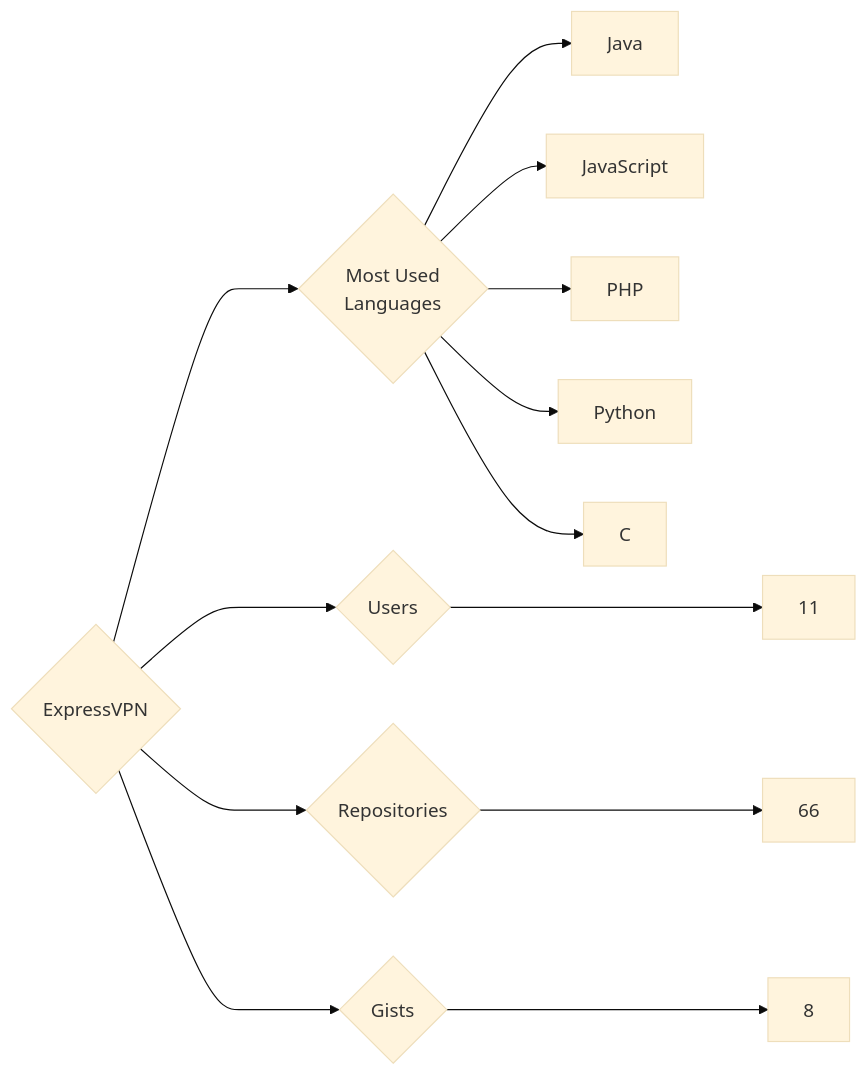
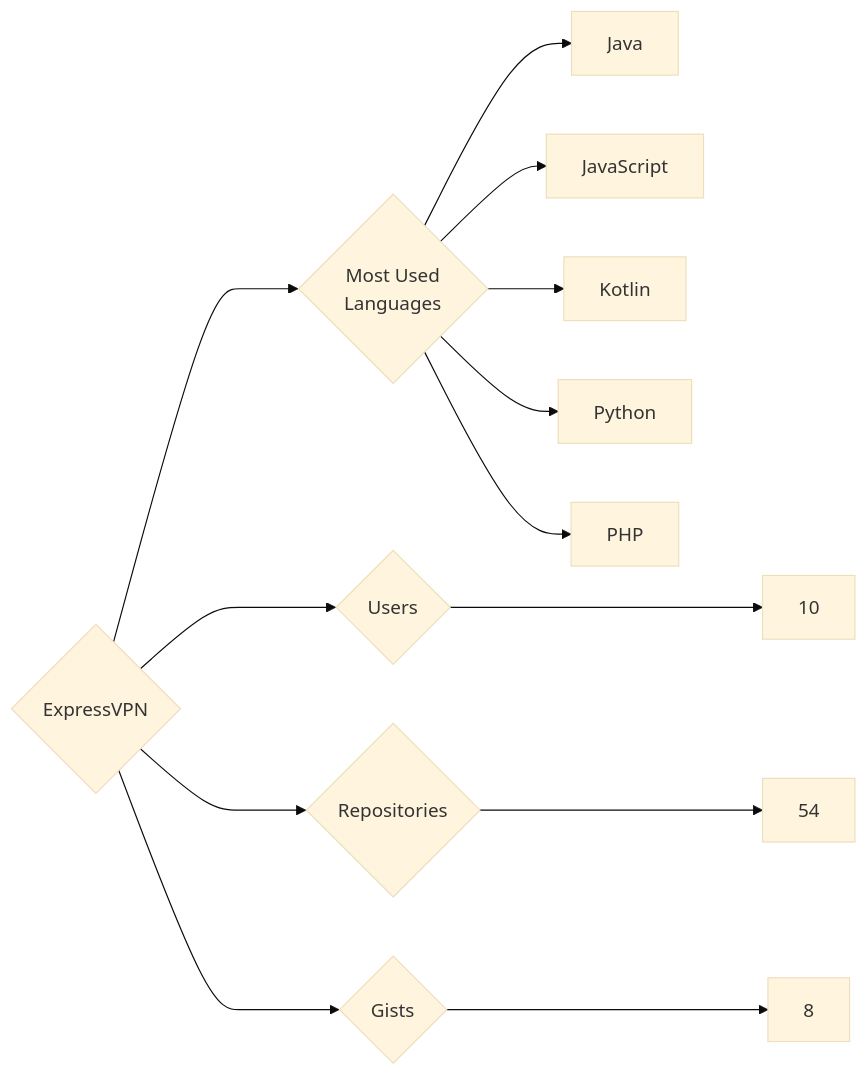
Before and after one commit to trickest/insiders: the diagram in targets/ExpressVPN/README.md, drawn with Mermaid (base theme). The commit also changed 874 other files, not shown here.

````diff
--- a/targets/ExpressVPN/README.md
+++ b/targets/ExpressVPN/README.md
@@ -3,13 +3,13 @@
 ```mermaid
 graph LR
 COMPANY_NAME{ExpressVPN}
-COMPANY_NAME ---> U{Users} ---> UN[11]
-COMPANY_NAME ---> R{Repositories} ---> RN[66]
+COMPANY_NAME ---> U{Users} ---> UN[10]
+COMPANY_NAME ---> R{Repositories} ---> RN[54]
 COMPANY_NAME ---> G{Gists} ---> GN[8]
 COMPANY_NAME ---> ML{Most Used<br>Languages}
 ML --> Java[Java]
 ML --> JavaScript[JavaScript]
+ML --> Kotlin[Kotlin]
+ML --> Python[Python]
 ML --> PHP[PHP]
-ML --> Python[Python]
-ML --> C[C]
 ```
````
